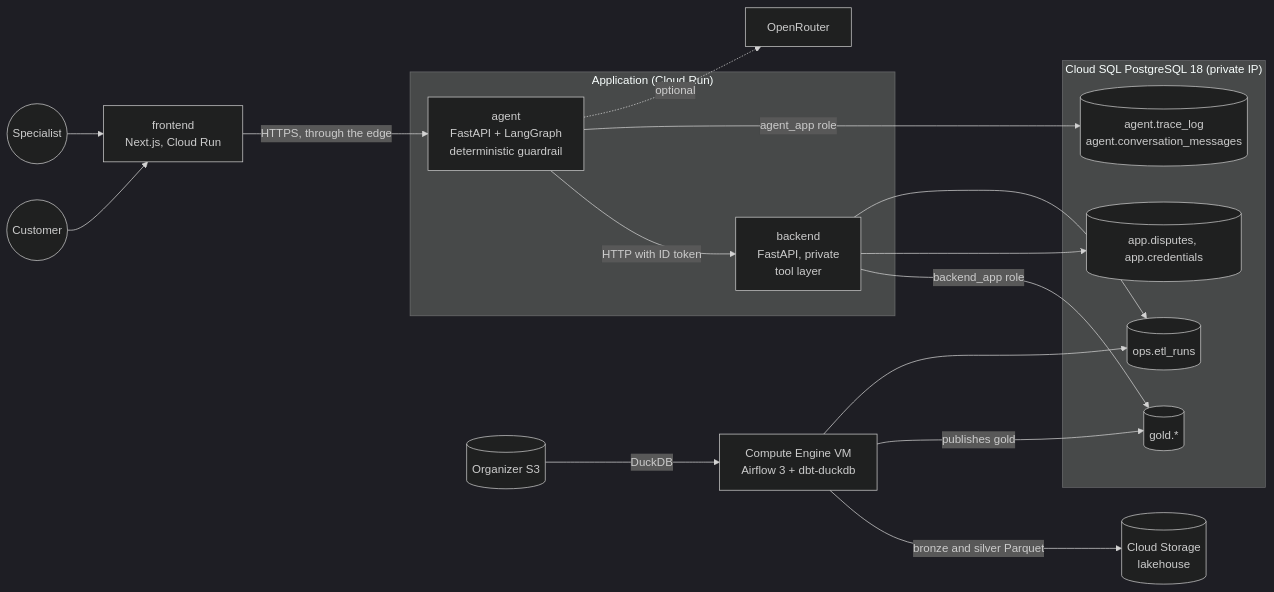
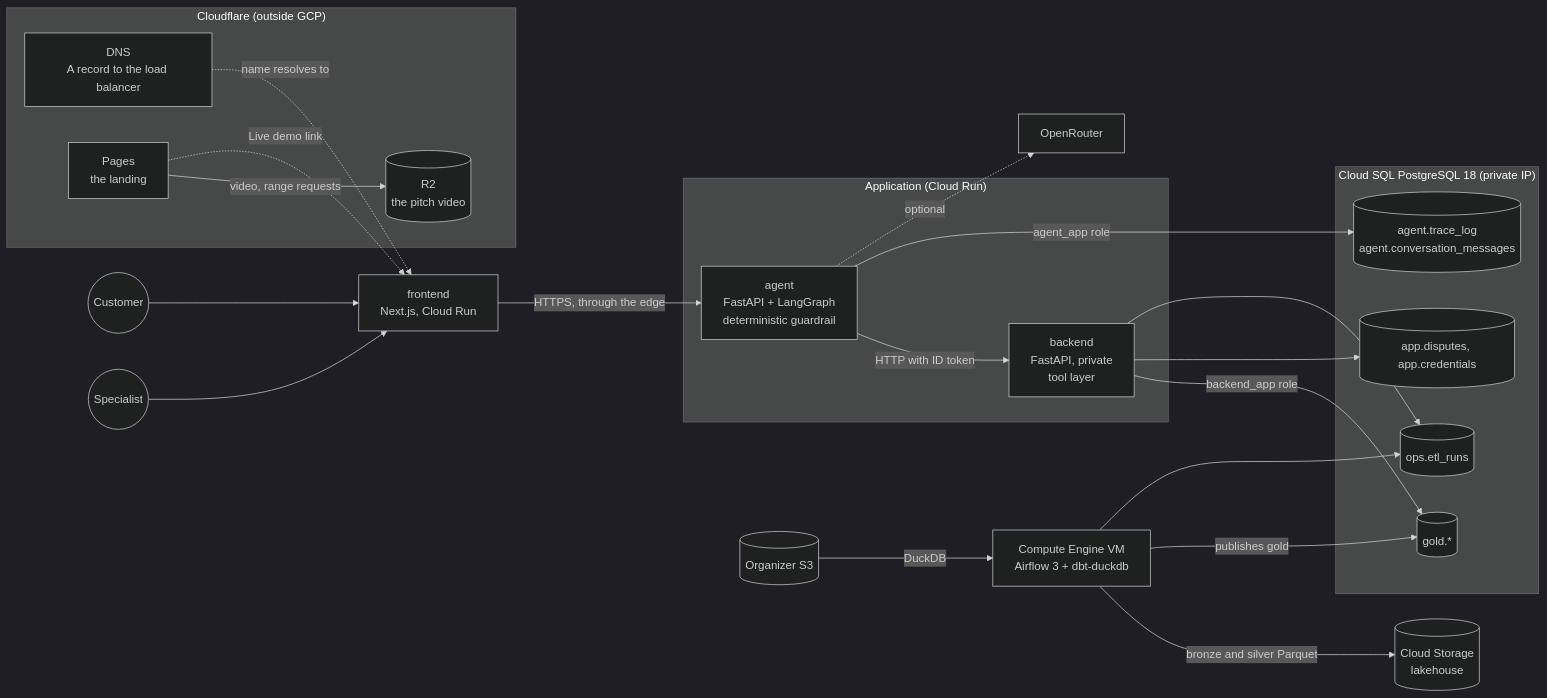
The diagram in docs/ARCHITECTURE.md (diego-rejalas/factored-hackathon-2026-bitcoders), drawn with Mermaid (dark theme) before and after one commit. The commit also changed other lines of this file and 21 other files, not shown here.

````diff
--- a/docs/ARCHITECTURE.md
+++ b/docs/ARCHITECTURE.md
@@ -9,30 +9,40 @@
 ```mermaid
 flowchart LR
     USER((Customer)) --> FE[frontend<br/>Next.js, Cloud Run]
     SPEC((Specialist)) --> FE
     FE -->|HTTPS, through the edge| AGENT
 
     subgraph app["Application (Cloud Run)"]
         AGENT[agent<br/>FastAPI + LangGraph<br/>deterministic guardrail]
         BANK[backend<br/>FastAPI, private<br/>tool layer]
         AGENT -->|HTTP with ID token| BANK
     end
 
     subgraph db["Cloud SQL PostgreSQL 18 (private IP)"]
         GOLD[(gold.*)]
         APP[(app.disputes, app.credentials)]
         OPS[(ops.etl_runs)]
         AG[(agent.trace_log<br/>agent.conversation_messages)]
     end
 
     BANK -->|backend_app role| GOLD
     BANK --> APP
     BANK --> OPS
     AGENT -->|agent_app role| AG
     AGENT -.->|optional| OR[OpenRouter]
 
     S3[(Organizer S3)] -->|DuckDB| VM[Compute Engine VM<br/>Airflow 3 + dbt-duckdb]
     VM -->|bronze and silver Parquet| LAKE[(Cloud Storage<br/>lakehouse)]
     VM -->|publishes gold| GOLD
     VM --> OPS
+
+    subgraph cf["Cloudflare (outside GCP)"]
+        DNS[DNS<br/>A record to the load balancer]
+        PAGES[Pages<br/>the landing]
+        R2[(R2<br/>the pitch video)]
+    end
+
+    DNS -.->|name resolves to| FE
+    PAGES -->|video, range requests| R2
+    PAGES -.->|Live demo link| FE
 ```
````
